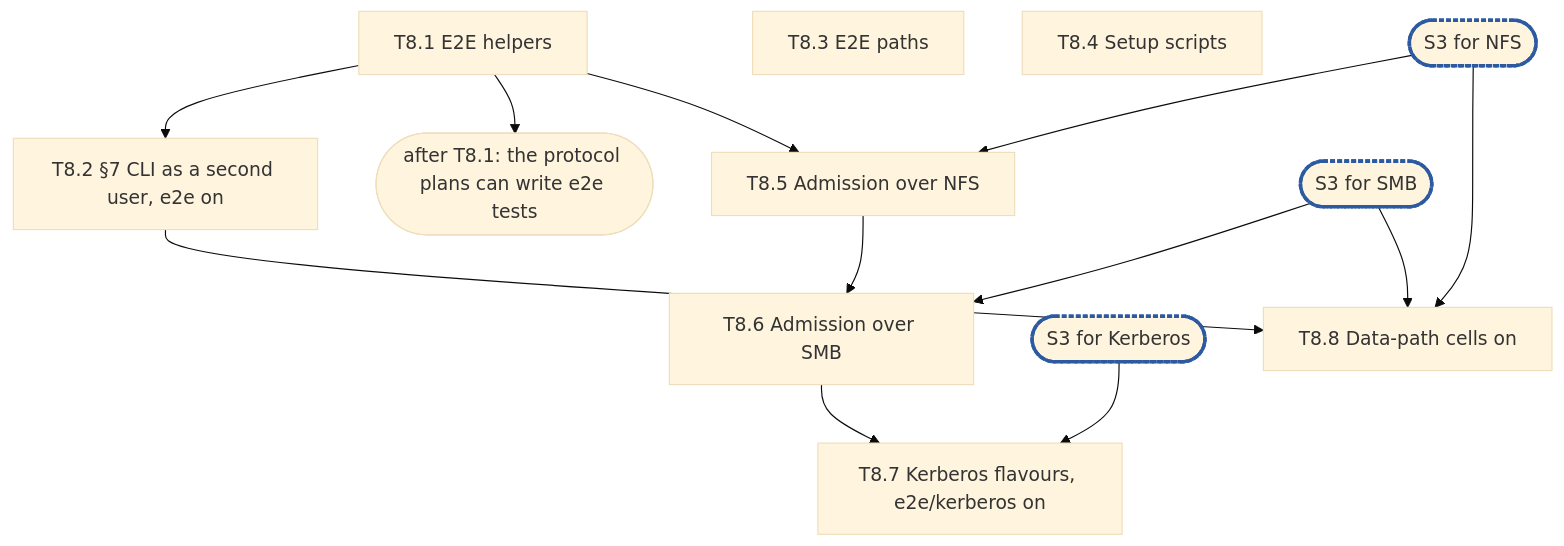
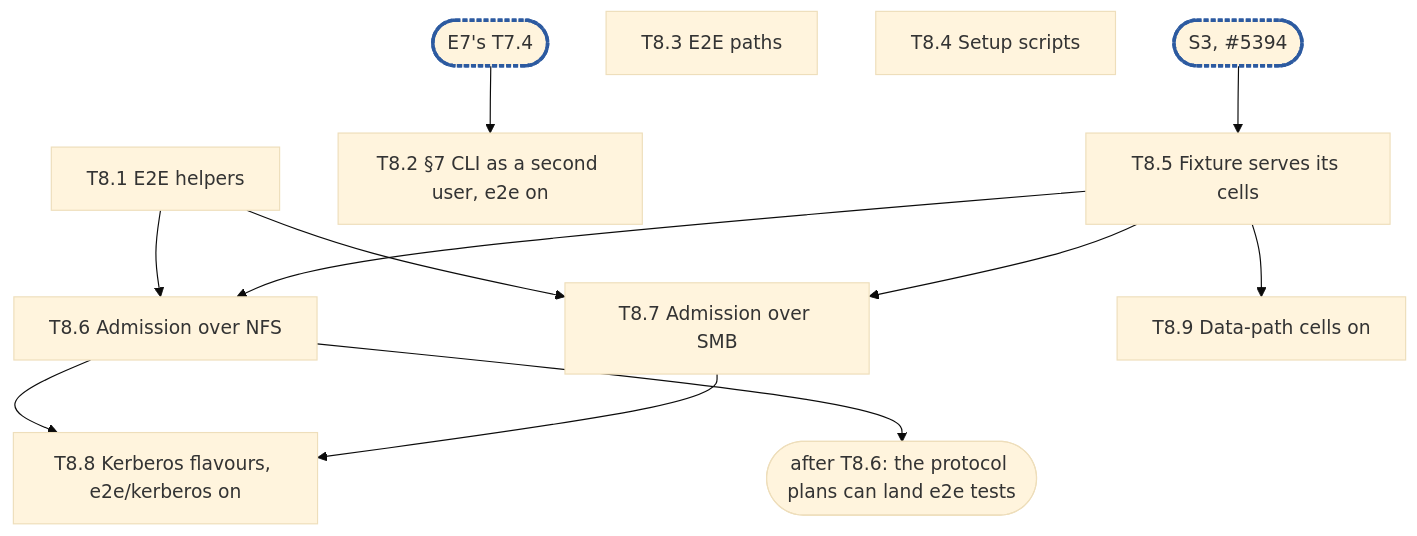
One commit to cubbit/dittofs changed the diagram in .planning/rfc-23-control-plane-epic8.md. Above: the diagram before and after it, drawn with Mermaid (base theme). The commit also changed other lines of this file and 1 other file, not shown here.

````diff
--- a/.planning/rfc-23-control-plane-epic8.md
+++ b/.planning/rfc-23-control-plane-epic8.md
@@ -374,17 +429,16 @@
 ```mermaid
 flowchart TD
-  T8_1["T8.1 E2E helpers"] --> T8_2["T8.2 §7 CLI as a second user, e2e on"]
-  T8_1 --> C1(["after T8.1: the protocol plans can write e2e tests"])
+  T8_1["T8.1 E2E helpers"]
+  T8_2["T8.2 §7 CLI as a second user, e2e on"]
+  T74(["E7's T7.4"]) --> T8_2
   T8_3["T8.3 E2E paths"]
   T8_4["T8.4 Setup scripts"]
-  S3N(["S3 for NFS"]) --> T8_5["T8.5 Admission over NFS"]
-  T8_1 --> T8_5
-  S3S(["S3 for SMB"]) --> T8_6["T8.6 Admission over SMB"]
-  T8_5 --> T8_6
-  T8_6 --> T8_7["T8.7 Kerberos flavours, e2e/kerberos on"]
-  S3K(["S3 for Kerberos"]) --> T8_7
-  T8_2 --> T8_8["T8.8 Data-path cells on"]
-  S3N & S3S --> T8_8
+  S3(["S3, #5394"]) --> T8_5["T8.5 Fixture serves its cells"]
+  T8_1 & T8_5 --> T8_6["T8.6 Admission over NFS"]
+  T8_1 & T8_5 --> T8_7["T8.7 Admission over SMB"]
+  T8_6 & T8_7 --> T8_8["T8.8 Kerberos flavours, e2e/kerberos on"]
+  T8_5 --> T8_9["T8.9 Data-path cells on"]
+  T8_6 --> C1(["after T8.6: the protocol plans can land e2e tests"])
   classDef sync stroke:#2c5aa0,stroke-width:3px,stroke-dasharray:4 2
-  class S3N,S3S,S3K sync
+  class T74,S3 sync
 ```
````
